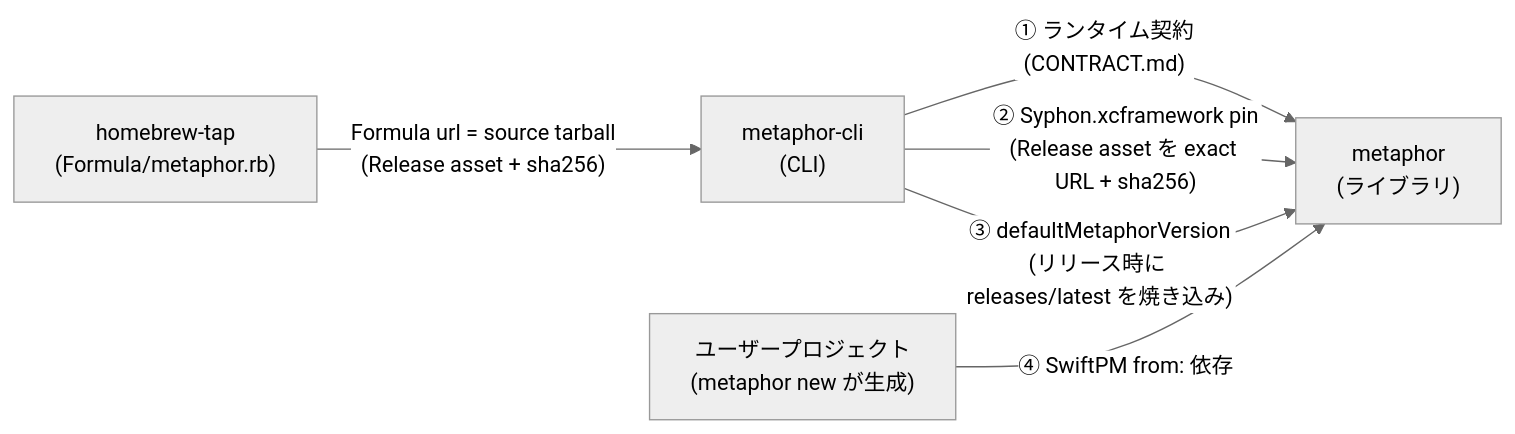
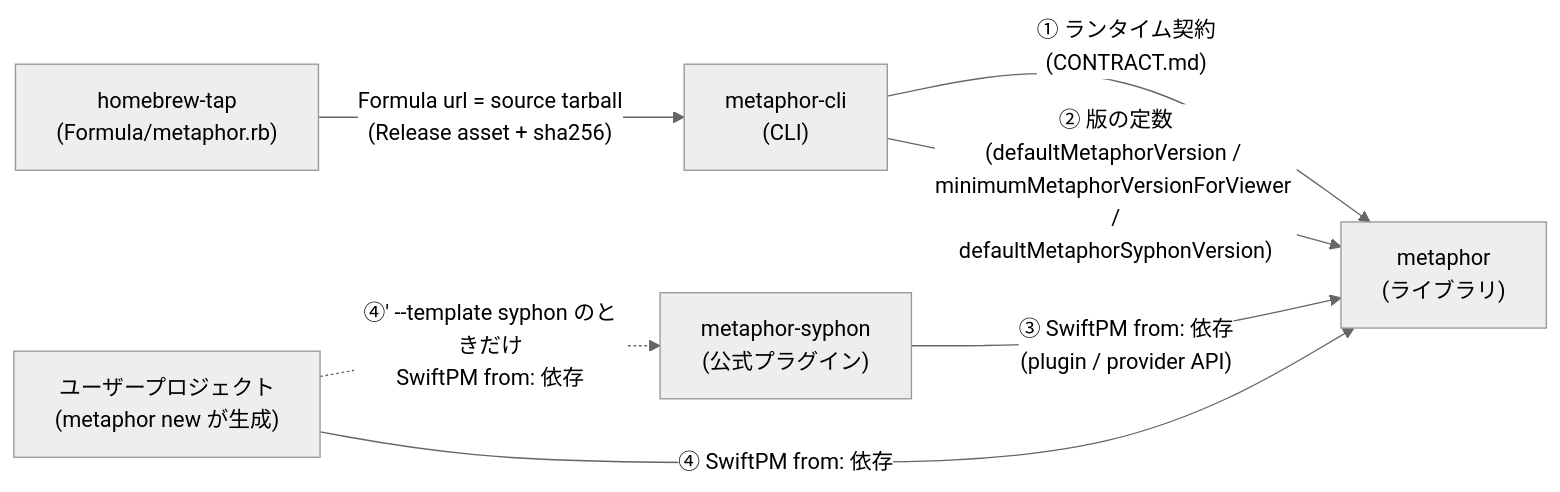
The first of 2 diagrams in docs/release-pipeline.md (shinyaoguri/metaphor), drawn with Mermaid (neutral theme) before and after one commit. The commit also changed other lines of this file and 12 other files, not shown here.

````diff
--- a/docs/release-pipeline.md
+++ b/docs/release-pipeline.md
@@ -31,13 +32,15 @@
 ```mermaid
 graph LR
     M["metaphor<br/>(ライブラリ)"]
+    S["metaphor-syphon<br/>(公式プラグイン)"]
     C["metaphor-cli<br/>(CLI)"]
     T["homebrew-tap<br/>(Formula/metaphor.rb)"]
     U["ユーザープロジェクト<br/>(metaphor new が生成)"]
 
     C -- "① ランタイム契約<br/>(CONTRACT.md)" --> M
-    C -- "② Syphon.xcframework pin<br/>(Release asset を exact URL + sha256)" --> M
-    C -- "③ defaultMetaphorVersion<br/>(リリース時に releases/latest を焼き込み)" --> M
+    C -- "② 版の定数<br/>(defaultMetaphorVersion / minimumMetaphorVersionForViewer /<br/>defaultMetaphorSyphonVersion)" --> M
+    S -- "③ SwiftPM from: 依存<br/>(plugin / provider API)" --> M
     U -- "④ SwiftPM from: 依存" --> M
+    U -. "④' --template syphon のときだけ<br/>SwiftPM from: 依存" .-> S
     T -- "Formula url = source tarball<br/>(Release asset + sha256)" --> C
 ```
````
